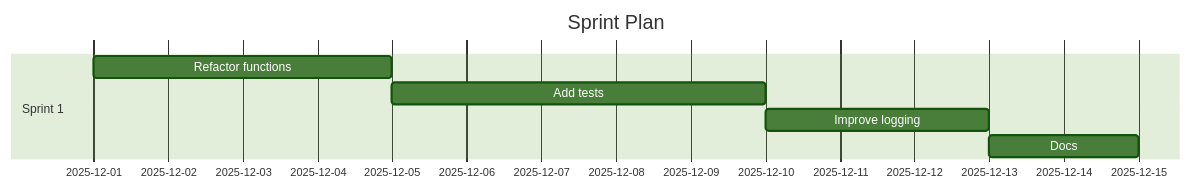
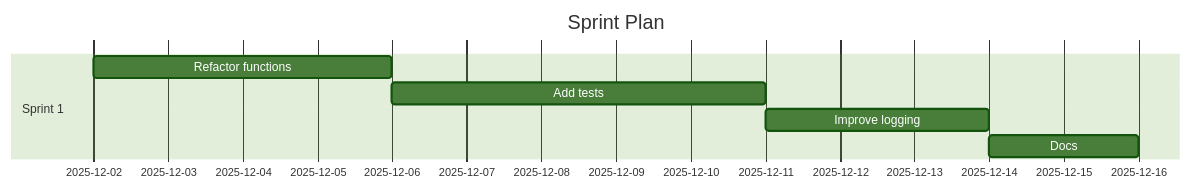
The diagram in demos/demo-code-analysis.sprint.md (Anselmoo/mcp-ai-agent-guidelines), drawn with Mermaid (forest theme) before and after one commit. The commit also changed other lines of this file and 25 other files, not shown here.

````diff
--- a/demos/demo-code-analysis.sprint.md
+++ b/demos/demo-code-analysis.sprint.md
@@ -59,11 +59,11 @@
 ```mermaid
 gantt
 	dateFormat  YYYY-MM-DD
 	title Sprint Plan
 %% Accessibility: Title=Project Sprint Plan; Description=Gantt chart of sprints and tasks over time. %%
   section Sprint 1
-  Refactor functions :s1t0, 2025-12-01, 4d
-  Add tests :s1t1, 2025-12-05, 5d
-  Improve logging :s1t2, 2025-12-10, 3d
-  Docs :s1t3, 2025-12-13, 2d
+  Refactor functions :s1t0, 2025-12-02, 4d
+  Add tests :s1t1, 2025-12-06, 5d
+  Improve logging :s1t2, 2025-12-11, 3d
+  Docs :s1t3, 2025-12-14, 2d
 ```
````
